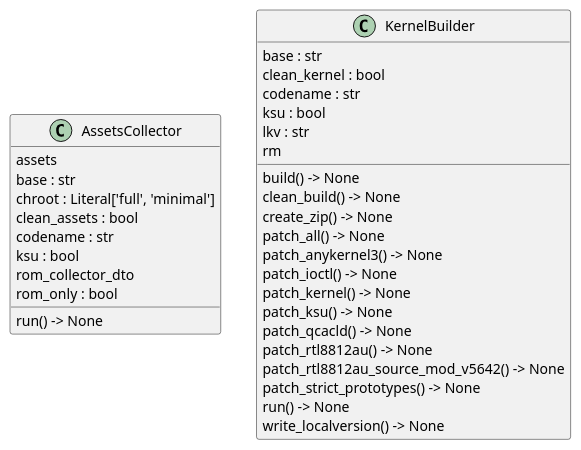
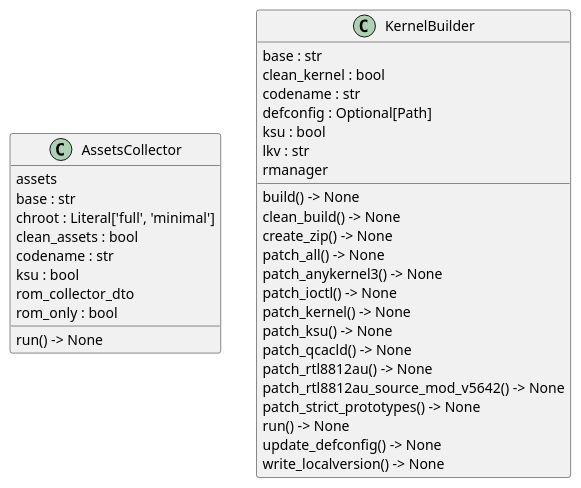
One commit to seppzer0/zero_kernel changed the diagram in docs/architecture/core/classes.puml. Above: the diagram before and after it, drawn with PlantUML. The commit also changed 45 other files, not shown here.

```diff
--- a/docs/architecture/core/classes.puml
+++ b/docs/architecture/core/classes.puml
@@ -1,36 +1,38 @@
 @startuml classes
 set namespaceSeparator none
 class "AssetsCollector" as core.assets_collector.AssetsCollector {
   assets
   base : str
   chroot : Literal['full', 'minimal']
   clean_assets : bool
   codename : str
   ksu : bool
   rom_collector_dto
   rom_only : bool
   run() -> None
 }
 class "KernelBuilder" as core.kernel_builder.KernelBuilder {
   base : str
   clean_kernel : bool
   codename : str
+  defconfig : Optional[Path]
   ksu : bool
   lkv : str
-  rm
+  rmanager
   build() -> None
   clean_build() -> None
   create_zip() -> None
   patch_all() -> None
   patch_anykernel3() -> None
   patch_ioctl() -> None
   patch_kernel() -> None
   patch_ksu() -> None
   patch_qcacld() -> None
   patch_rtl8812au() -> None
   patch_rtl8812au_source_mod_v5642() -> None
   patch_strict_prototypes() -> None
   run() -> None
+  update_defconfig() -> None
   write_localversion() -> None
 }
 @enduml
```
